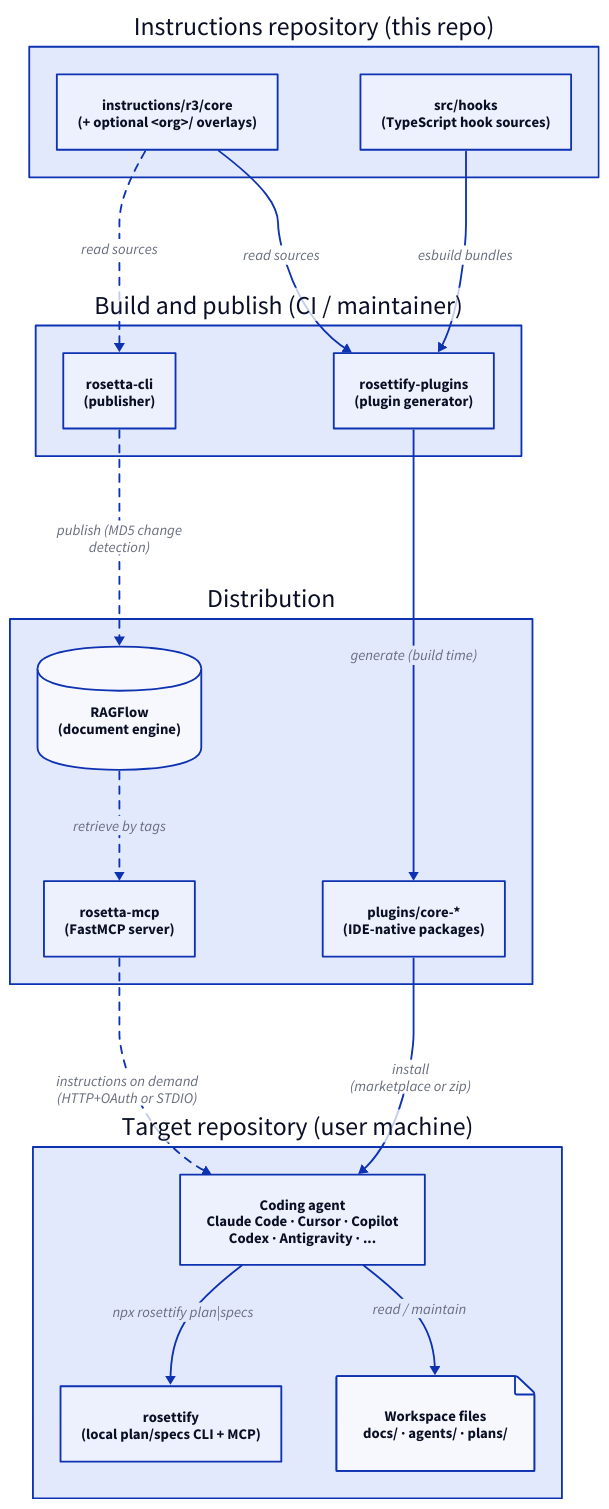
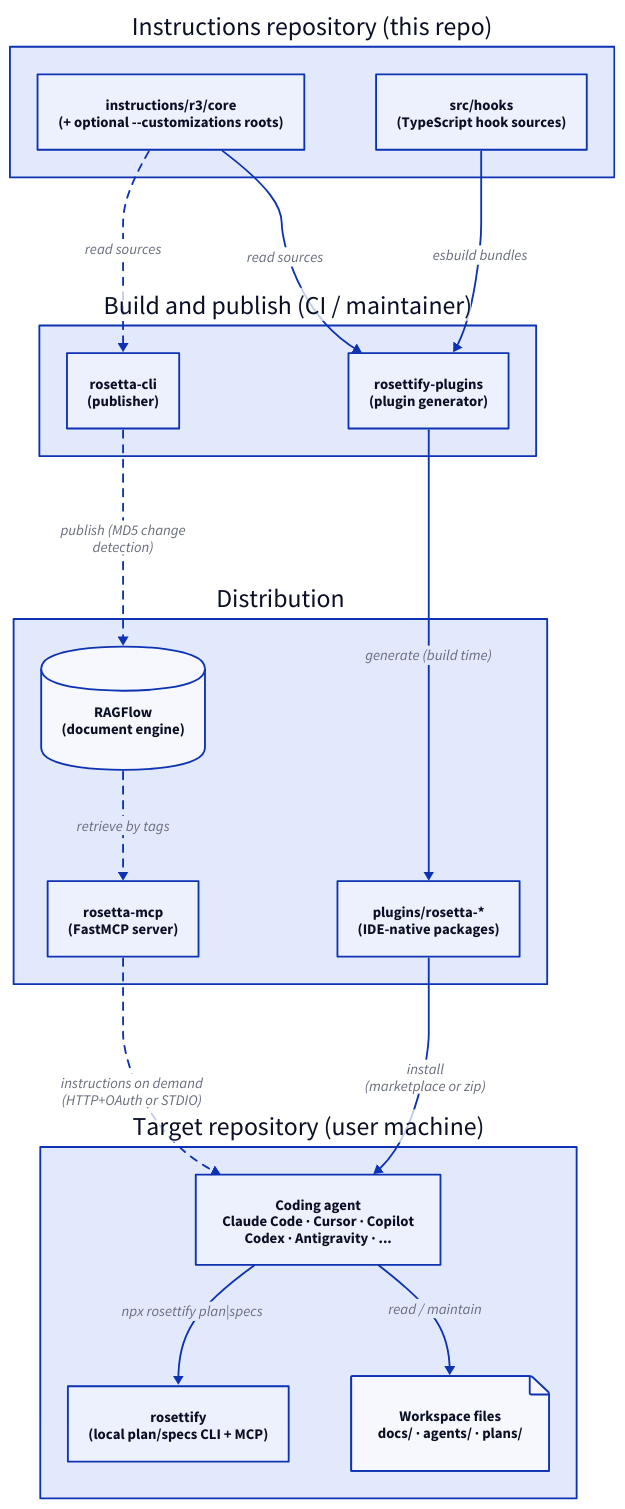
Before and after one commit to griddynamics/rosetta: the diagram in docs/web/assets/architecture/system-context.d2, drawn with D2. The commit also changed 6047 other files, not shown here.

```diff
--- a/docs/web/assets/architecture/system-context.d2
+++ b/docs/web/assets/architecture/system-context.d2
@@ -1,51 +1,51 @@
 # Rosetta system context: how instructions travel from this repo to a coding agent.
 # Arrows = data/artifacts flowing toward the consumer. Solid = primary (plugin) path,
 # dashed = optional MCP path. Evidence: docs/ARCHITECTURE.md.
 direction: down
 
 repo: Instructions repository (this repo) {
-  instr: "instructions/r3/core\n(+ optional <org>/ overlays)"
+  instr: "instructions/r3/core\n(+ optional --customizations roots)"
   hooks_src: "src/hooks\n(TypeScript hook sources)"
 }
 
 build: Build and publish (CI / maintainer) {
   gen: "rosettify-plugins\n(plugin generator)"
   cli: "rosetta-cli\n(publisher)"
 }
 
 dist: Distribution {
-  plugins: "plugins/core-*\n(IDE-native packages)"
+  plugins: "plugins/rosetta-*\n(IDE-native packages)"
   ragflow: "RAGFlow\n(document engine)" {
     shape: cylinder
   }
   mcp: "rosetta-mcp\n(FastMCP server)"
 }
 
 target: Target repository (user machine) {
   ide: "Coding agent\nClaude Code · Cursor · Copilot\nCodex · Antigravity · ..."
   ws: "Workspace files\ndocs/ · agents/ · plans/" {
     shape: page
   }
   rosettify: "rosettify\n(local plan/specs CLI + MCP)"
 }
 
 repo.instr -> build.gen: read sources
 repo.hooks_src -> build.gen: "esbuild bundles"
 build.gen -> dist.plugins: generate (build time)
 dist.plugins -> target.ide: "install\n(marketplace or zip)"
 
 repo.instr -> build.cli: read sources {
   style.stroke-dash: 4
 }
 build.cli -> dist.ragflow: "publish (MD5 change\ndetection)" {
   style.stroke-dash: 4
 }
 dist.ragflow -> dist.mcp: retrieve by tags {
   style.stroke-dash: 4
 }
 dist.mcp -> target.ide: "instructions on demand\n(HTTP+OAuth or STDIO)" {
   style.stroke-dash: 4
 }
 
 target.ide -> target.ws: read / maintain
 target.ide -> target.rosettify: "npx rosettify plan|specs"
```
